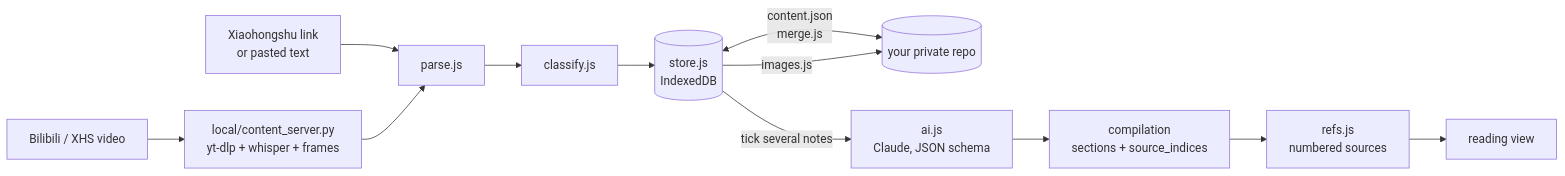
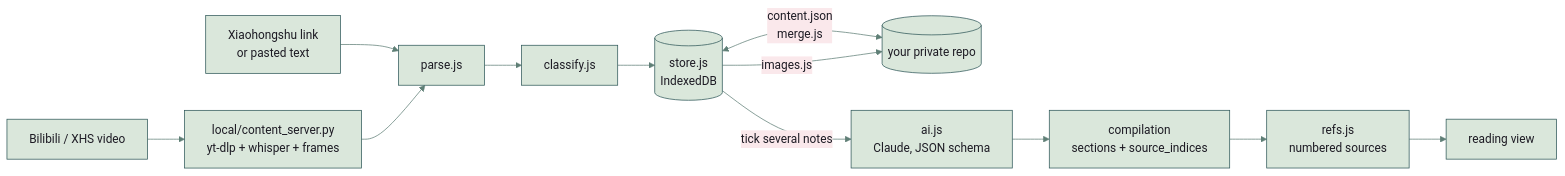
The diagram in README.md (NickkkLian/content-organizer), drawn with Mermaid before and after one commit.

Commit message:
README: the diagram in the project's colours
The mermaid diagram starts with an init line that sets the palette of
the project pages: sage nodes with deep green edges, rose edge labels.
The diagram itself is unchanged.

````diff
--- a/README.md
+++ b/README.md
@@ -77,14 +77,15 @@
 ```mermaid
+%%{init: {"theme": "base", "themeVariables": {"darkMode": false, "fontFamily": "Inter, BlinkMacSystemFont, Segoe UI, Helvetica Neue, Helvetica, Arial", "primaryColor": "#dae7db", "mainBkg": "#dae7db", "primaryTextColor": "#1d1b24", "nodeTextColor": "#1d1b24", "textColor": "#1d1b24", "primaryBorderColor": "#2f5859", "nodeBorder": "#2f5859", "secondaryColor": "#fae8eb", "tertiaryColor": "#f7e9e8", "lineColor": "#5f7f76", "arrowheadColor": "#5f7f76", "defaultLinkColor": "#5f7f76", "edgeLabelBackground": "#fae8eb", "clusterBkg": "#f7e9e8", "clusterBorder": "#a8707a", "titleColor": "#7d2d44"}}}%%
 flowchart LR
   X["Xiaohongshu link<br/>or pasted text"] --> P[parse.js]
   V["Bilibili / XHS video"] --> L["local/content_server.py<br/>yt-dlp + whisper + frames"]
   L --> P
   P --> C[classify.js]
   C --> S[("store.js<br/>IndexedDB")]
   S <-->|"content.json<br/>merge.js"| G[("your private repo")]
   S -->|"tick several notes"| A["ai.js<br/>Claude, JSON schema"]
   A --> K["compilation<br/>sections + source_indices"]
   K --> R["refs.js<br/>numbered sources"]
   R --> D["reading view"]
   S -->|"images.js"| G
 ```
````
